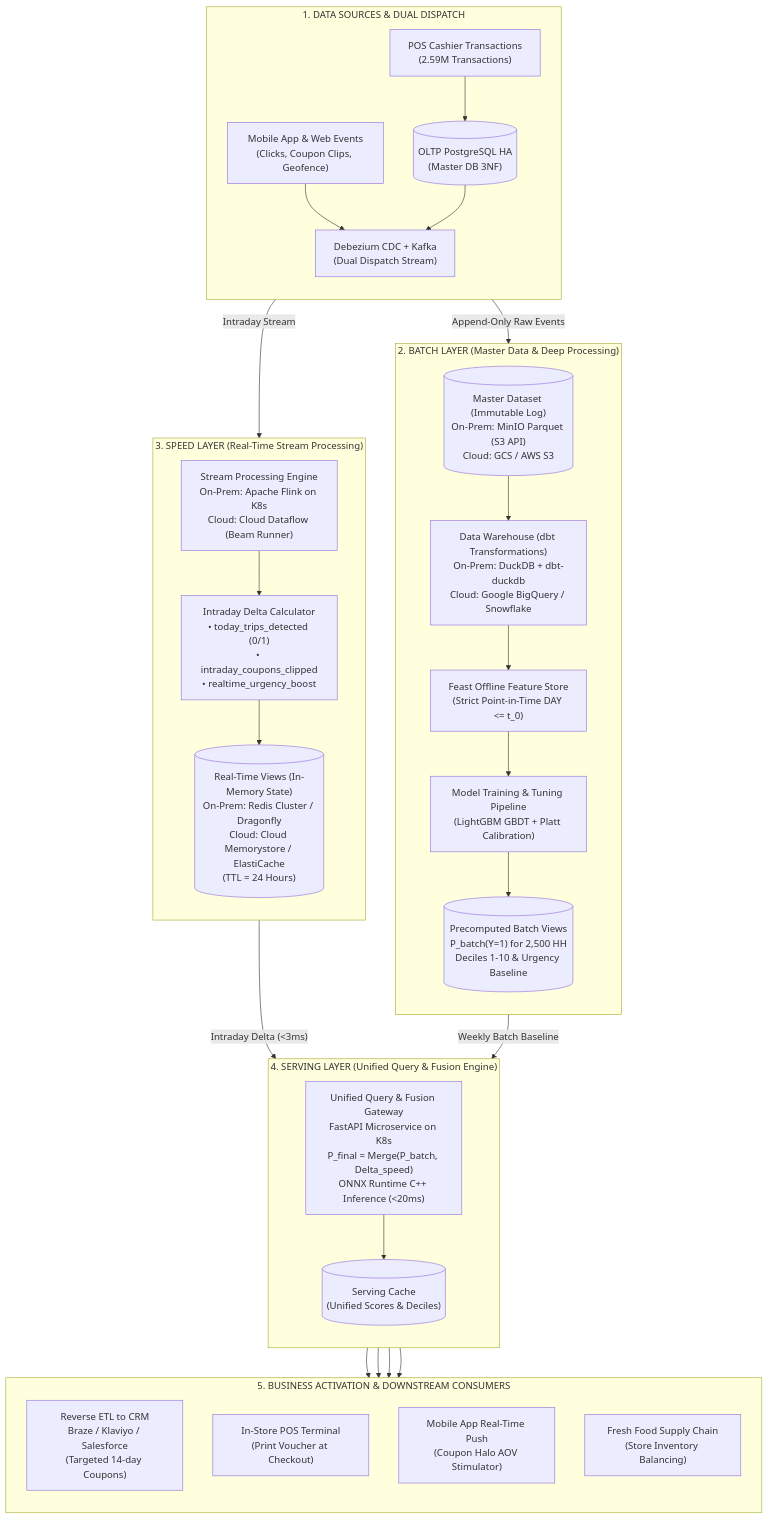
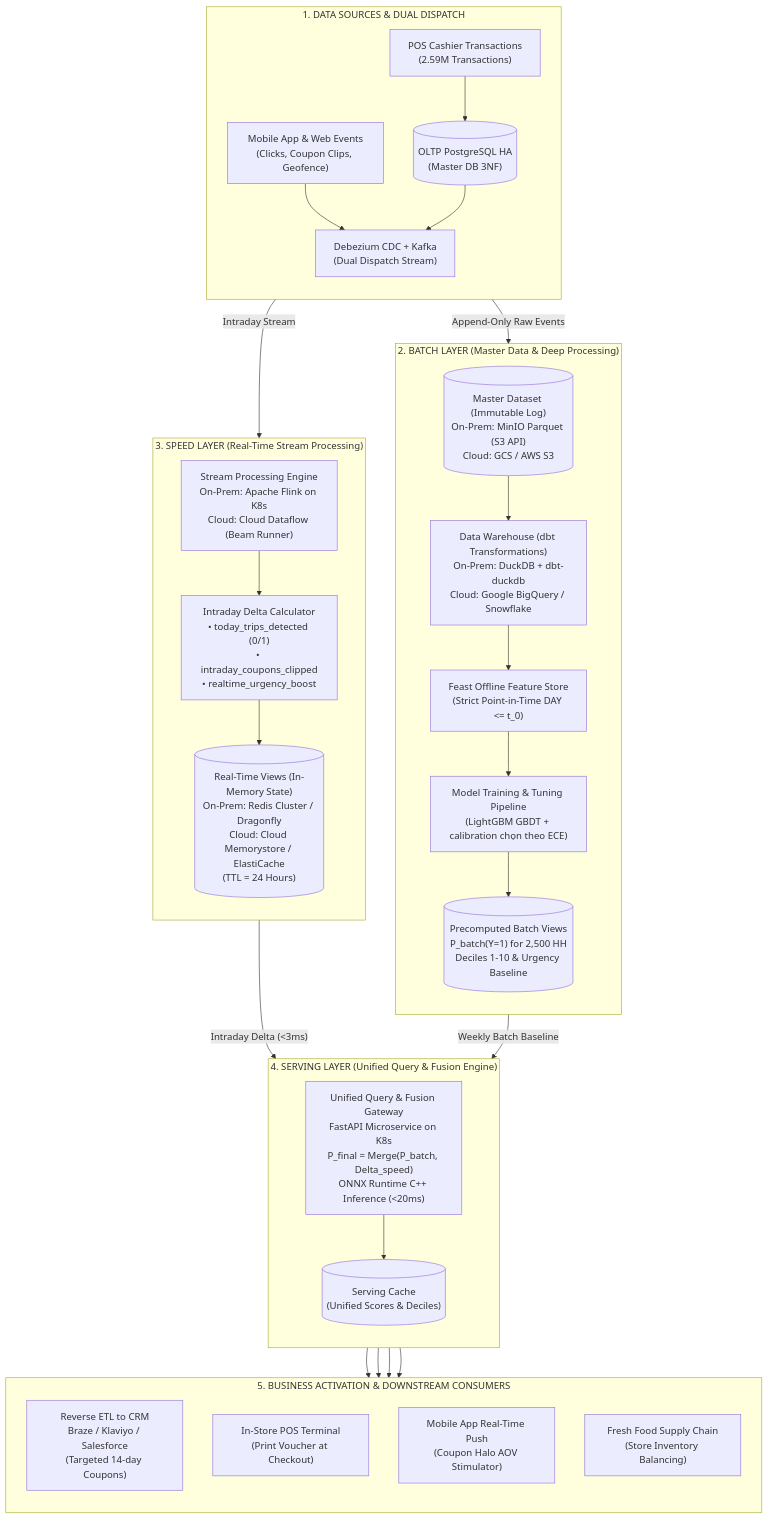
The diagram in docs/architecture/LAMBDA_ARCHITECTURE_ONPREM_TO_CLOUD.md (kien3007/PropensityModel), drawn with Mermaid before and after one commit. The commit also changed other lines of this file and 13 other files, not shown here.

````diff
--- a/docs/architecture/LAMBDA_ARCHITECTURE_ONPREM_TO_CLOUD.md
+++ b/docs/architecture/LAMBDA_ARCHITECTURE_ONPREM_TO_CLOUD.md
@@ -28,63 +30,63 @@
 ```mermaid
 flowchart TB
     subgraph S_SRC["1. DATA SOURCES & DUAL DISPATCH"]
         direction TB
         POS["POS Cashier Transactions\n(2.59M Transactions)"]
         APP["Mobile App & Web Events\n(Clicks, Coupon Clips, Geofence)"]
         MASTER_DB[("OLTP PostgreSQL HA\n(Master DB 3NF)")]
         CDC["Debezium CDC + Kafka\n(Dual Dispatch Stream)"]
         
         POS --> MASTER_DB
         APP --> CDC
         MASTER_DB --> CDC
     end
 
     subgraph S_BATCH["2. BATCH LAYER (Master Data & Deep Processing)"]
         direction TB
         MASTER_DS[("Master Dataset (Immutable Log)\nOn-Prem: MinIO Parquet (S3 API)\nCloud: GCS / AWS S3")]
         DW["Data Warehouse (dbt Transformations)\nOn-Prem: DuckDB + dbt-duckdb\nCloud: Google BigQuery / Snowflake"]
         FS_OFFLINE["Feast Offline Feature Store\n(Strict Point-in-Time DAY <= t_0)"]
-        TRAINER["Model Training & Tuning Pipeline\n(LightGBM GBDT + Platt Calibration)"]
+        TRAINER["Model Training & Tuning Pipeline\n(LightGBM GBDT + calibration chọn theo ECE)"]
         BATCH_SCORES[("Precomputed Batch Views\nP_batch(Y=1) for 2,500 HH\nDeciles 1-10 & Urgency Baseline")]
 
         CDC -- "Append-Only Raw Events" --> MASTER_DS
         MASTER_DS --> DW
         DW --> FS_OFFLINE
         FS_OFFLINE --> TRAINER
         TRAINER --> BATCH_SCORES
     end
 
     subgraph S_SPEED["3. SPEED LAYER (Real-Time Stream Processing)"]
         direction TB
         STREAM_ENG["Stream Processing Engine\nOn-Prem: Apache Flink on K8s\nCloud: Cloud Dataflow (Beam Runner)"]
         DELTA_CALC["Intraday Delta Calculator\n• today_trips_detected (0/1)\n• intraday_coupons_clipped\n• realtime_urgency_boost"]
         RT_VIEWS[("Real-Time Views (In-Memory State)\nOn-Prem: Redis Cluster / Dragonfly\nCloud: Cloud Memorystore / ElastiCache\n(TTL = 24 Hours)")]
 
         CDC -- "Intraday Stream" --> STREAM_ENG
         STREAM_ENG --> DELTA_CALC
         DELTA_CALC --> RT_VIEWS
     end
 
     subgraph S_SERVING["4. SERVING LAYER (Unified Query & Fusion Engine)"]
         direction TB
         FUSION["Unified Query & Fusion Gateway\nFastAPI Microservice on K8s\nP_final = Merge(P_batch, Delta_speed)\nONNX Runtime C++ Inference (<20ms)"]
         SERVING_CACHE[("Serving Cache\n(Unified Scores & Deciles)")]
 
         BATCH_SCORES -- "Weekly Batch Baseline" --> FUSION
         RT_VIEWS -- "Intraday Delta (<3ms)" --> FUSION
         FUSION --> SERVING_CACHE
     end
 
     subgraph S_CONSUMERS["5. BUSINESS ACTIVATION & DOWNSTREAM CONSUMERS"]
         direction TB
         CRM["Reverse ETL to CRM\nBraze / Klaviyo / Salesforce\n(Targeted 14-day Coupons)"]
         POS_TERM["In-Store POS Terminal\n(Print Voucher at Checkout)"]
         APP_PUSH["Mobile App Real-Time Push\n(Coupon Halo AOV Stimulator)"]
         SUPPLY["Fresh Food Supply Chain\n(Store Inventory Balancing)"]
 
         SERVING_CACHE --> CRM
         SERVING_CACHE --> POS_TERM
         SERVING_CACHE --> APP_PUSH
         SERVING_CACHE --> SUPPLY
     end
 ```
````
